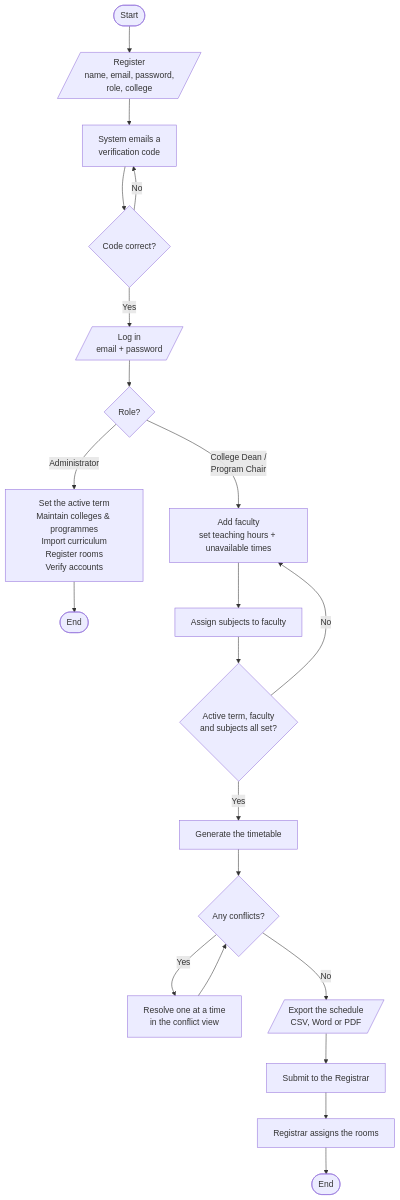
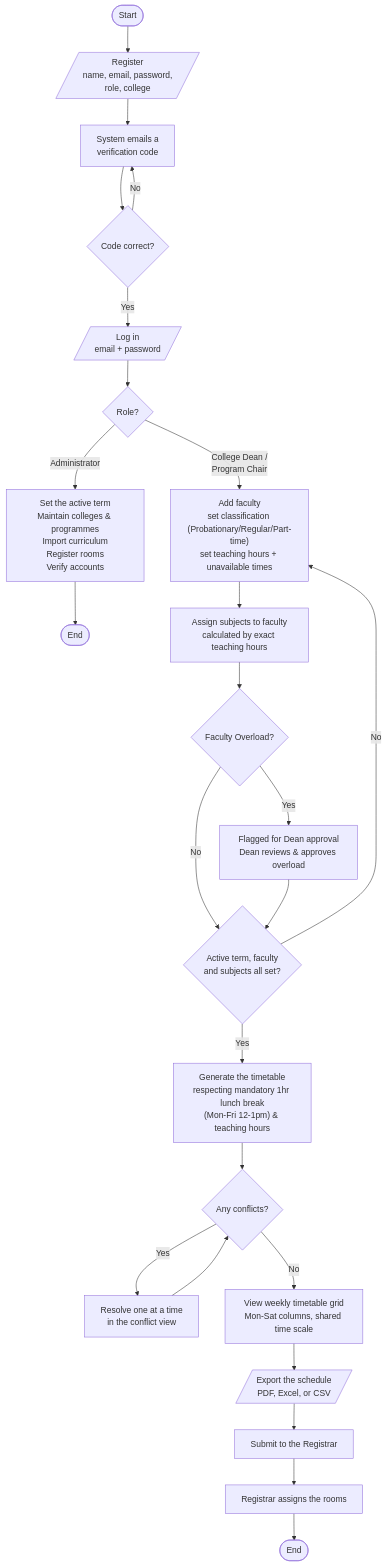
One commit to dayaomatthew14/ATLAS changed the diagram in docs/SYSTEM_FLOWCHART.md. Above: the diagram before and after it, drawn with Mermaid. The commit also changed other lines of this file and 38 other files, not shown here.

Commit message:
feat: implement AI scheduling engine with lunch break enforcement, faculty workloads, and timetable UI

````diff
--- a/docs/SYSTEM_FLOWCHART.md
+++ b/docs/SYSTEM_FLOWCHART.md
@@ -9,29 +7,34 @@
 ```mermaid
 flowchart TD
     Start([Start]) --> Register[/"Register<br/>name, email, password,<br/>role, college"/]
     Register --> SendCode["System emails a<br/>verification code"]
     SendCode --> CodeOK{"Code correct?"}
     CodeOK -- No --> SendCode
     CodeOK -- Yes --> Login[/"Log in<br/>email + password"/]
 
     Login --> Role{"Role?"}
 
     Role -- Administrator --> AdminSetup["Set the active term<br/>Maintain colleges &amp; programmes<br/>Import curriculum<br/>Register rooms<br/>Verify accounts"]
     AdminSetup --> AdminDone([End])
 
-    Role -- "College Dean /<br/>Program Chair" --> Faculty["Add faculty<br/>set teaching hours + unavailable times"]
-    Faculty --> Offerings["Assign subjects to faculty"]
-    Offerings --> Ready{"Active term, faculty<br/>and subjects all set?"}
+    Role -- "College Dean /<br/>Program Chair" --> Faculty["Add faculty<br/>set classification (Probationary/Regular/Part-time)<br/>set teaching hours + unavailable times"]
+    Faculty --> Offerings["Assign subjects to faculty<br/>calculated by exact teaching hours"]
+    Offerings --> OverloadCheck{"Faculty Overload?"}
+    OverloadCheck -- Yes --> DeanApproval["Flagged for Dean approval<br/>Dean reviews &amp; approves overload"]
+    OverloadCheck -- No --> Ready
+    DeanApproval --> Ready
 
+    Ready{"Active term, faculty<br/>and subjects all set?"}
     Ready -- No --> Faculty
-    Ready -- Yes --> Generate["Generate the timetable"]
+    Ready -- Yes --> Generate["Generate the timetable<br/>respecting mandatory 1hr lunch break<br/>(Mon-Fri 12-1pm) &amp; teaching hours"]
 
     Generate --> Conflicts{"Any conflicts?"}
     Conflicts -- Yes --> Resolve["Resolve one at a time<br/>in the conflict view"]
     Resolve --> Conflicts
 
-    Conflicts -- No --> Export[/"Export the schedule<br/>CSV, Word or PDF"/]
+    Conflicts -- No --> GridView["View weekly timetable grid<br/>Mon-Sat columns, shared time scale"]
+    GridView --> Export[/"Export the schedule<br/>PDF, Excel, or CSV"/]
     Export --> Submit["Submit to the Registrar"]
     Submit --> Rooms["Registrar assigns the rooms"]
     Rooms --> Done([End])
 ```
````
